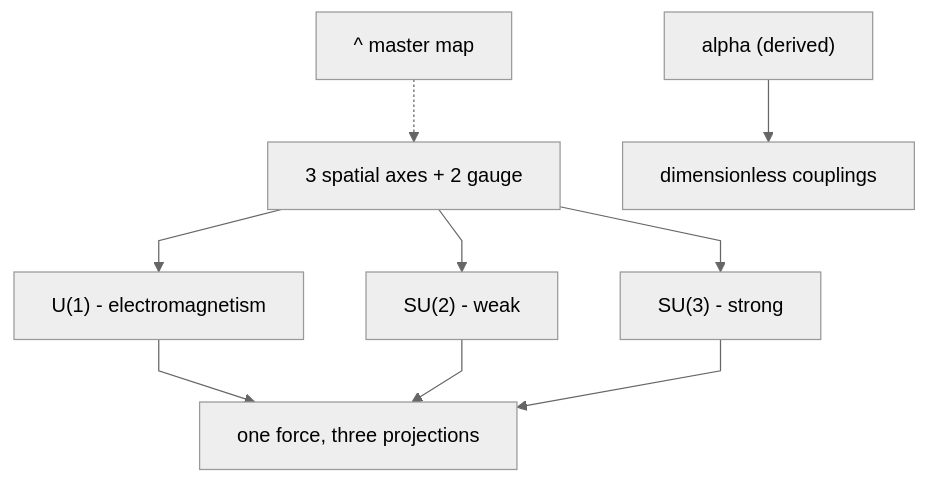
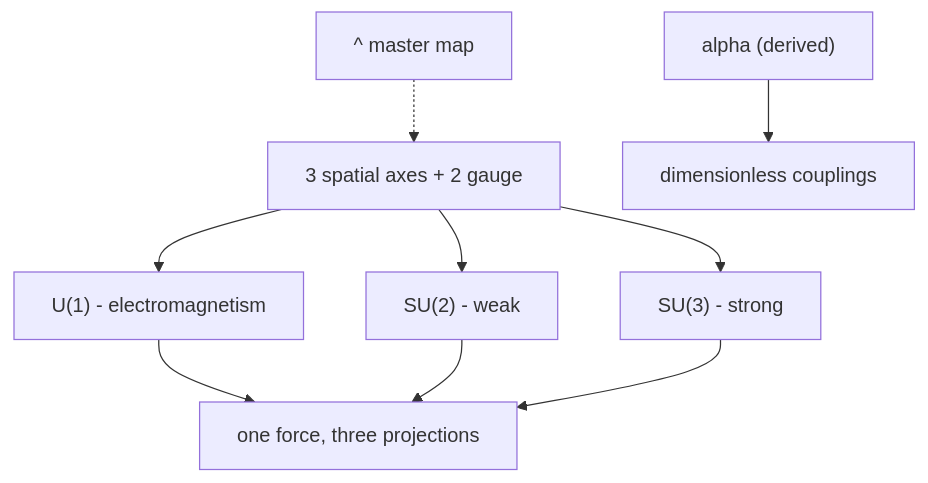
Before and after one commit to jimscarver/quantum-logical-framework: the fourth of 11 diagrams in FlowChart.md, drawn with Mermaid. The commit also changed other lines of this file, not shown here.

First line of the commit message:
FlowChart.md: drop %%{init}%% directives — bare vanilla flowchart form

````diff
--- a/FlowChart.md
+++ b/FlowChart.md
@@ -92,12 +89,11 @@
 ```mermaid
-%%{init: {"theme":"neutral", "flowchart": {"curve": "linear"}}}%%
 flowchart TD
   H3["^ master map"] -.-> AX["3 spatial axes + 2 gauge"]
   AX --> EM["U(1) - electromagnetism"]
   AX --> WK["SU(2) - weak"]
   AX --> ST["SU(3) - strong"]
   AL["alpha (derived)"] --> CPL["dimensionless couplings"]
   EM --> UNI["one force, three projections"]
   WK --> UNI
   ST --> UNI
 ```
````
